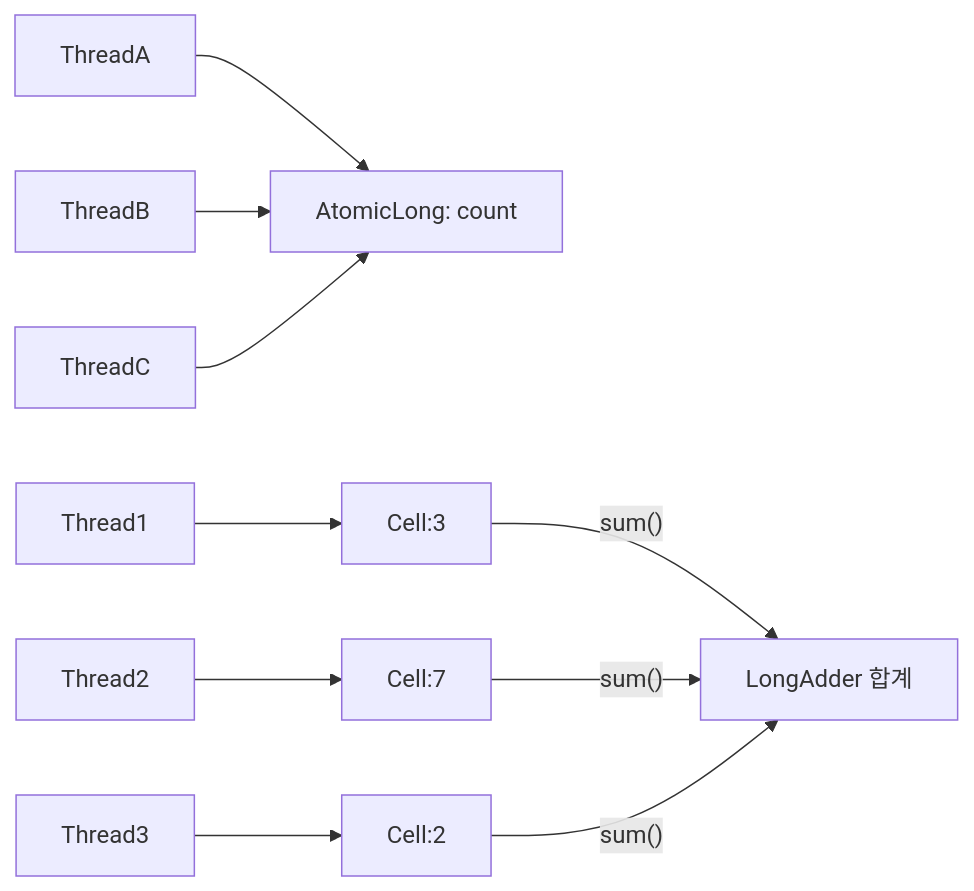
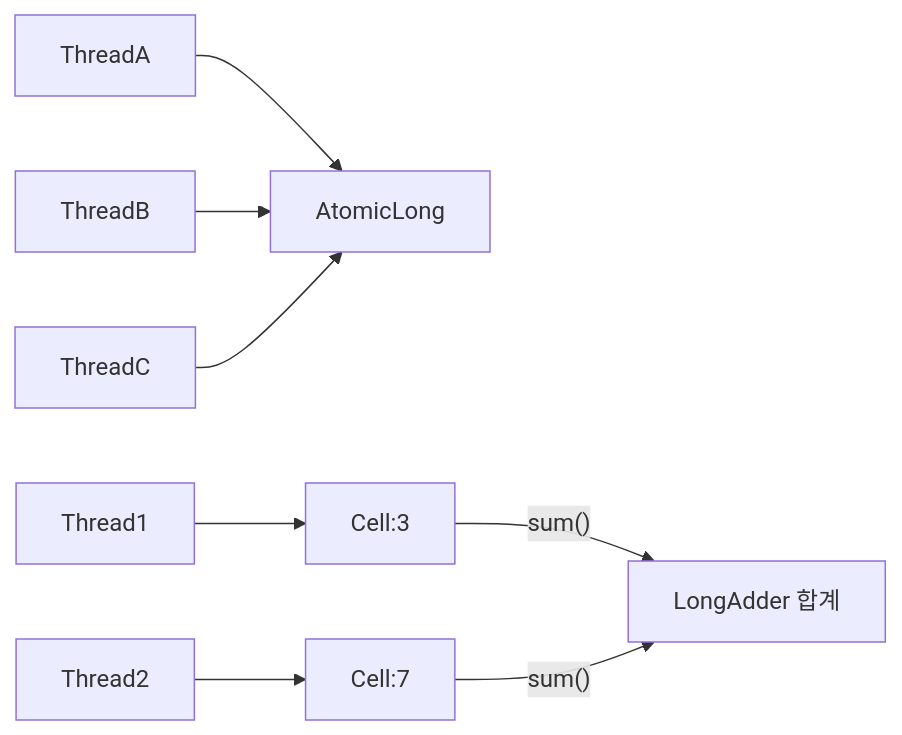
Diagram 11 of 17 in _posts/java/2026-05-01-java-thread.md (yjkim2015/yjkim2015.github.io), drawn with Mermaid before and after one commit. The commit also changed other lines of this file and 48 other files, not shown here.

First line of the commit message:
Mermaid 최종 47건 수정: participant/노드/줄수/라벨 전부 기준 이하

````diff
--- a/_posts/java/2026-05-01-java-thread.md
+++ b/_posts/java/2026-05-01-java-thread.md
@@ -1096,10 +1096,7 @@
 ```mermaid
 graph LR
-    TA[ThreadA] --> CELL["AtomicLong: count"]
-    TB[ThreadB] --> CELL
-    TC[ThreadC] --> CELL
+    TA[ThreadA] & TB[ThreadB] & TC[ThreadC] --> CELL["AtomicLong"]
     T1[Thread1] --> C1["Cell:3"]
     T2[Thread2] --> C2["Cell:7"]
-    T3[Thread3] --> C3["Cell:2"]
-    C1 & C2 & C3 -->|"sum()"| SUM["LongAdder 합계"]
+    C1 & C2 -->|"sum()"| SUM["LongAdder 합계"]
 ```
````
